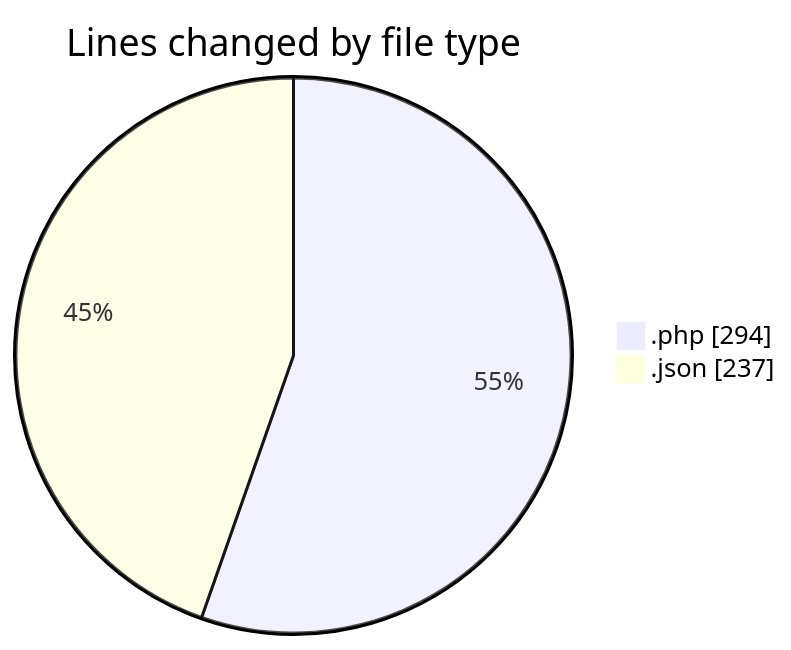
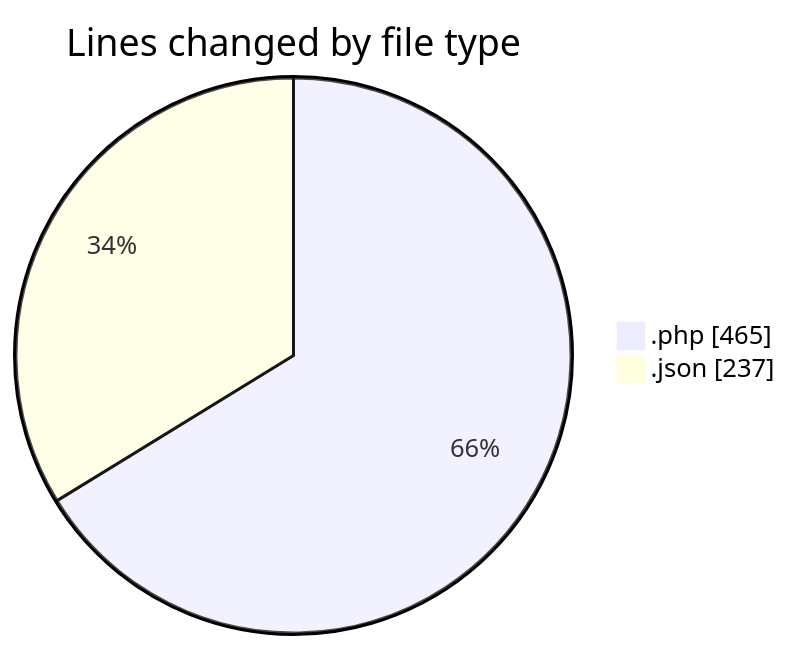
The first of 2 diagrams in 2025-06-13/studio-backend/README.md (idhammustaqopulfikri/code-tracking), drawn with Mermaid before and after one commit. The commit also changed other lines of this file and 1 other file, not shown here.

````diff
--- a/2025-06-13/studio-backend/README.md
+++ b/2025-06-13/studio-backend/README.md
@@ -24,6 +27,6 @@
 ```mermaid
 pie showData
 title Lines changed by file type
-".php" : 294
+".php" : 465
 ".json" : 237
 ```
````
